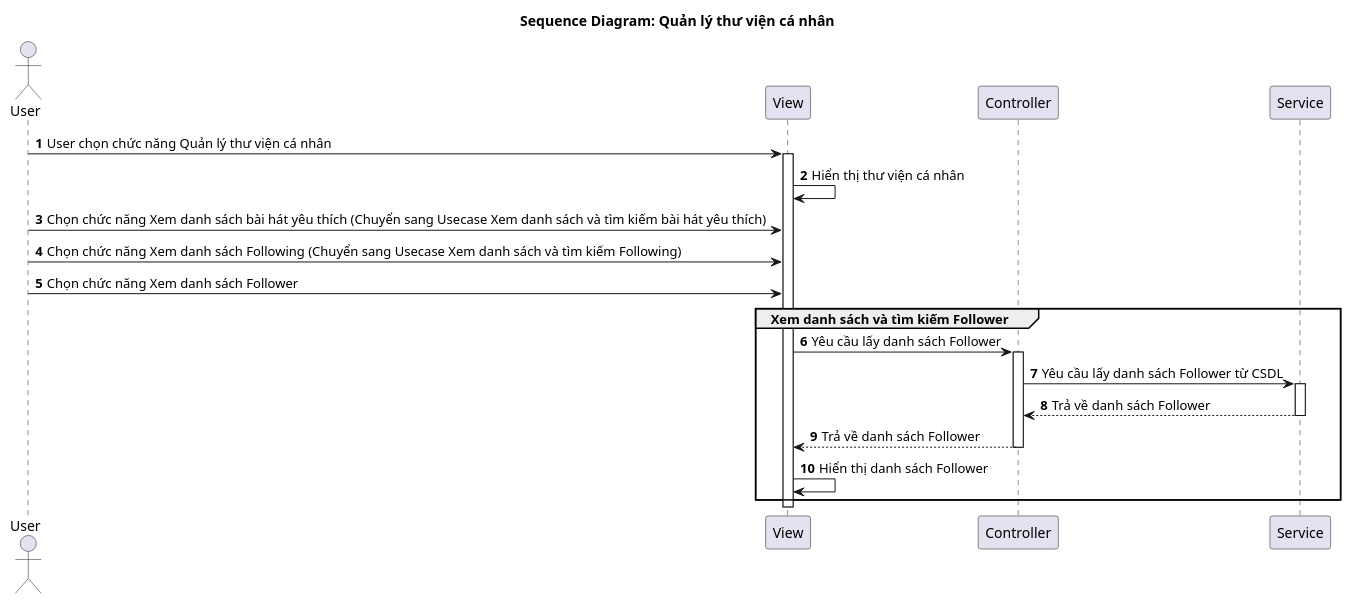
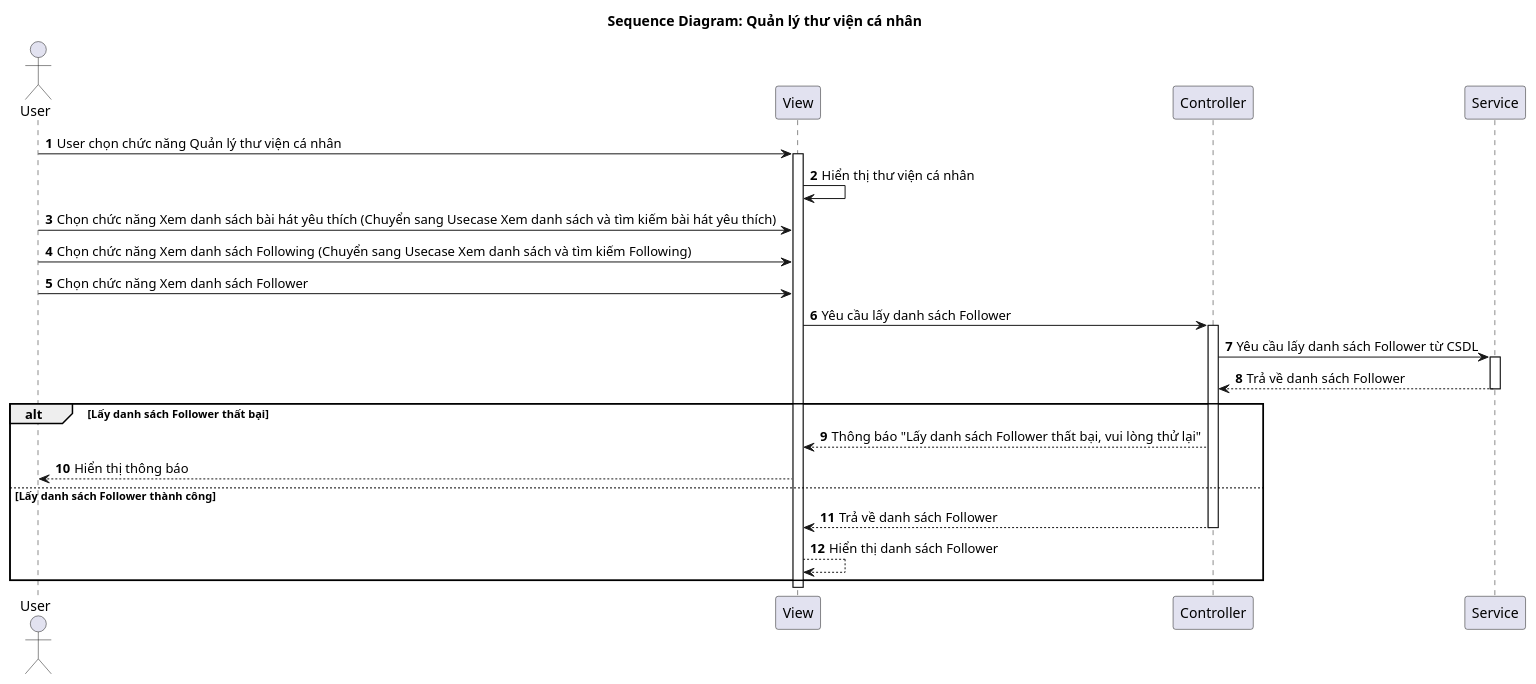
Before and after one commit to vinh047/soundwave: the diagram in Diagrams/SequenceDiagram/ManageLibrarySD.plantuml, drawn with PlantUML. The commit also changed 29 other files, not shown here.

```diff
--- a/Diagrams/SequenceDiagram/ManageLibrarySD.plantuml
+++ b/Diagrams/SequenceDiagram/ManageLibrarySD.plantuml
@@ -1,32 +1,36 @@
 @startuml SD
 
 actor "User" as User
 participant "View" as View
 participant "Controller" as Controller
 participant "Service" as Service
 
 title Sequence Diagram: Quản lý thư viện cá nhân
 
 autonumber
 
 User -> View: User chọn chức năng Quản lý thư viện cá nhân
 activate View
 View -> View: Hiển thị thư viện cá nhân
 
 User -> View: Chọn chức năng Xem danh sách bài hát yêu thích (Chuyển sang Usecase Xem danh sách và tìm kiếm bài hát yêu thích)
 User -> View: Chọn chức năng Xem danh sách Following (Chuyển sang Usecase Xem danh sách và tìm kiếm Following)
 User -> View: Chọn chức năng Xem danh sách Follower
 
-group Xem danh sách và tìm kiếm Follower
-    View -> Controller: Yêu cầu lấy danh sách Follower
-    activate Controller
-    Controller -> Service: Yêu cầu lấy danh sách Follower từ CSDL
-    activate Service
-    Service --> Controller: Trả về danh sách Follower
-    deactivate Service
+View -> Controller: Yêu cầu lấy danh sách Follower
+activate Controller
+Controller -> Service: Yêu cầu lấy danh sách Follower từ CSDL
+activate Service
+Service --> Controller: Trả về danh sách Follower
+deactivate Service
+alt Lấy danh sách Follower thất bại
+    Controller --> View: Thông báo "Lấy danh sách Follower thất bại, vui lòng thử lại"
+    View --> User: Hiển thị thông báo
+else Lấy danh sách Follower thành công
     Controller --> View: Trả về danh sách Follower
     deactivate Controller
-    View -> View: Hiển thị danh sách Follower
+    View --> View: Hiển thị danh sách Follower
 end
+
 deactivate View
 @enduml
```
